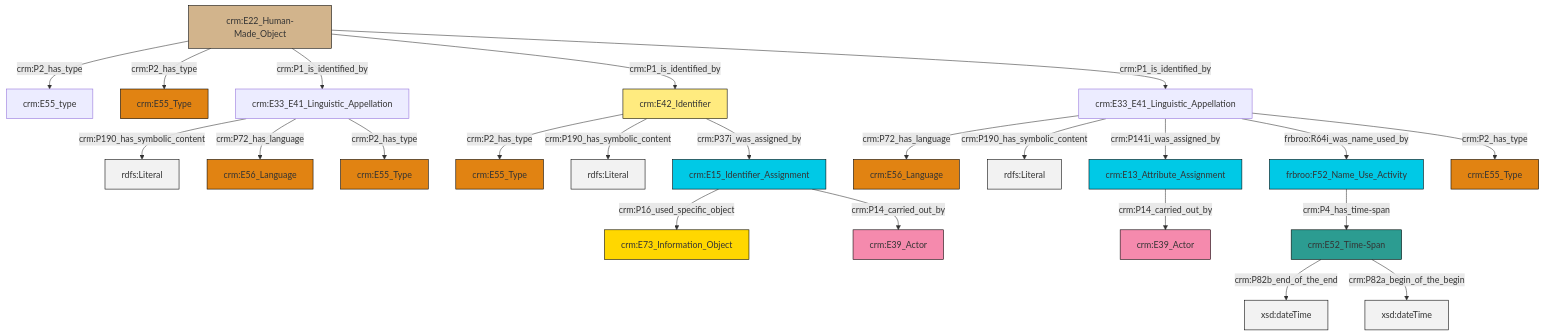
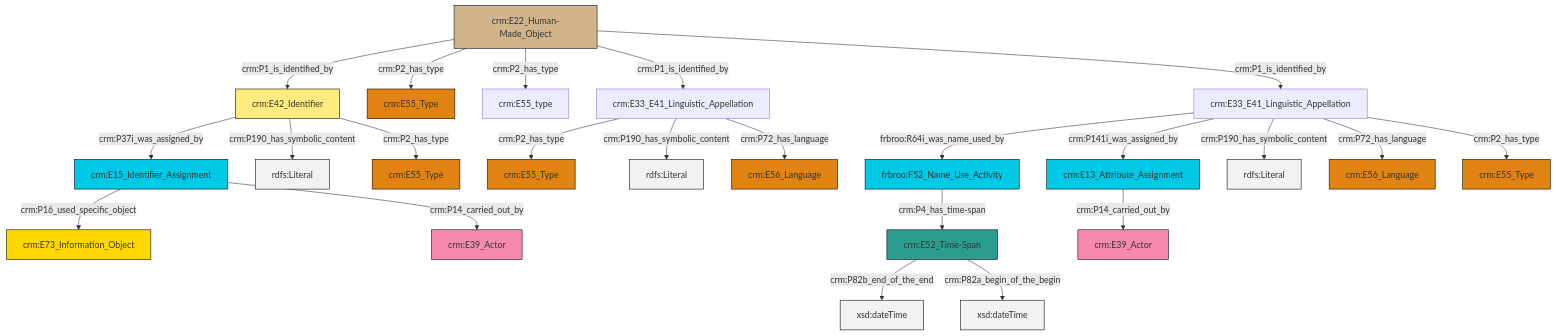
The diagram in et/artworkCSV/ttl/mmd/Artwork_Name.ttl.mmd (swiss-art-research-net/reference-data-models), drawn with Mermaid before and after one commit. The commit also changed 128 other files, not shown here.

```diff
--- a/et/artworkCSV/ttl/mmd/Artwork_Name.ttl.mmd
+++ b/et/artworkCSV/ttl/mmd/Artwork_Name.ttl.mmd
@@ -1,37 +1,37 @@
 graph TD
 classDef Literal fill:#f2f2f2,stroke:#000000;
 classDef CRM_Entity fill:#FFFFFF,stroke:#000000;
 classDef Temporal_Entity fill:#00C9E6, stroke:#000000;
 classDef Type fill:#E18312, stroke:#000000;
 classDef Time-Span fill:#2C9C91, stroke:#000000;
 classDef Appellation fill:#FFEB7F, stroke:#000000;
 classDef Place fill:#008836, stroke:#000000;
 classDef Persistent_Item fill:#B266B2, stroke:#000000;
 classDef Conceptual_Object fill:#FFD700, stroke:#000000;
 classDef Physical_Thing fill:#D2B48C, stroke:#000000;
 classDef Actor fill:#f58aad, stroke:#000000;
 classDef PC_Classes fill:#4ce600, stroke:#000000;
 classDef Multi fill:#cccccc,stroke:#000000;
 
-0["crm:E22_Human-Made_Object"]:::Physical_Thing -->|crm:P2_has_type| 1["crm:E55_type"]:::Default
-0["crm:E22_Human-Made_Object"]:::Physical_Thing -->|crm:P2_has_type| 10["crm:E55_Type"]:::Type
-12["crm:E13_Attribute_Assignment"]:::Temporal_Entity -->|crm:P14_carried_out_by| 4["crm:E39_Actor"]:::Actor
-8["crm:E15_Identifier_Assignment"]:::Temporal_Entity -->|crm:P16_used_specific_object| 13["crm:E73_Information_Object"]:::Conceptual_Object
-14["crm:E33_E41_Linguistic_Appellation"]:::Default -->|crm:P190_has_symbolic_content| 15[rdfs:Literal]:::Literal
-14["crm:E33_E41_Linguistic_Appellation"]:::Default -->|crm:P72_has_language| 16["crm:E56_Language"]:::Type
-0["crm:E22_Human-Made_Object"]:::Physical_Thing -->|crm:P1_is_identified_by| 14["crm:E33_E41_Linguistic_Appellation"]:::Default
-2["crm:E33_E41_Linguistic_Appellation"]:::Default -->|crm:P72_has_language| 23["crm:E56_Language"]:::Type
-2["crm:E33_E41_Linguistic_Appellation"]:::Default -->|crm:P190_has_symbolic_content| 25[rdfs:Literal]:::Literal
-6["frbroo:F52_Name_Use_Activity"]:::Temporal_Entity -->|crm:P4_has_time-span| 26["crm:E52_Time-Span"]:::Time-Span
-0["crm:E22_Human-Made_Object"]:::Physical_Thing -->|crm:P1_is_identified_by| 28["crm:E42_Identifier"]:::Appellation
-2["crm:E33_E41_Linguistic_Appellation"]:::Default -->|crm:P141i_was_assigned_by| 12["crm:E13_Attribute_Assignment"]:::Temporal_Entity
-8["crm:E15_Identifier_Assignment"]:::Temporal_Entity -->|crm:P14_carried_out_by| 33["crm:E39_Actor"]:::Actor
-28["crm:E42_Identifier"]:::Appellation -->|crm:P2_has_type| 18["crm:E55_Type"]:::Type
-14["crm:E33_E41_Linguistic_Appellation"]:::Default -->|crm:P2_has_type| 21["crm:E55_Type"]:::Type
-2["crm:E33_E41_Linguistic_Appellation"]:::Default -->|frbroo:R64i_was_name_used_by| 6["frbroo:F52_Name_Use_Activity"]:::Temporal_Entity
-26["crm:E52_Time-Span"]:::Time-Span -->|crm:P82b_end_of_the_end| 36[xsd:dateTime]:::Literal
-26["crm:E52_Time-Span"]:::Time-Span -->|crm:P82a_begin_of_the_begin| 38[xsd:dateTime]:::Literal
-28["crm:E42_Identifier"]:::Appellation -->|crm:P190_has_symbolic_content| 41[rdfs:Literal]:::Literal
-2["crm:E33_E41_Linguistic_Appellation"]:::Default -->|crm:P2_has_type| 31["crm:E55_Type"]:::Type
-28["crm:E42_Identifier"]:::Appellation -->|crm:P37i_was_assigned_by| 8["crm:E15_Identifier_Assignment"]:::Temporal_Entity
-0["crm:E22_Human-Made_Object"]:::Physical_Thing -->|crm:P1_is_identified_by| 2["crm:E33_E41_Linguistic_Appellation"]:::Default
+0["crm:E52_Time-Span"]:::Time-Span -->|crm:P82b_end_of_the_end| 1[xsd:dateTime]:::Literal
+2["crm:E33_E41_Linguistic_Appellation"]:::Default -->|crm:P2_has_type| 3["crm:E55_Type"]:::Type
+4["crm:E22_Human-Made_Object"]:::Physical_Thing -->|crm:P1_is_identified_by| 5["crm:E42_Identifier"]:::Appellation
+4["crm:E22_Human-Made_Object"]:::Physical_Thing -->|crm:P2_has_type| 8["crm:E55_Type"]:::Type
+5["crm:E42_Identifier"]:::Appellation -->|crm:P37i_was_assigned_by| 10["crm:E15_Identifier_Assignment"]:::Temporal_Entity
+4["crm:E22_Human-Made_Object"]:::Physical_Thing -->|crm:P2_has_type| 15["crm:E55_type"]:::Default
+4["crm:E22_Human-Made_Object"]:::Physical_Thing -->|crm:P1_is_identified_by| 2["crm:E33_E41_Linguistic_Appellation"]:::Default
+17["crm:E33_E41_Linguistic_Appellation"]:::Default -->|frbroo:R64i_was_name_used_by| 18["frbroo:F52_Name_Use_Activity"]:::Temporal_Entity
+17["crm:E33_E41_Linguistic_Appellation"]:::Default -->|crm:P141i_was_assigned_by| 13["crm:E13_Attribute_Assignment"]:::Temporal_Entity
+17["crm:E33_E41_Linguistic_Appellation"]:::Default -->|crm:P190_has_symbolic_content| 20[rdfs:Literal]:::Literal
+17["crm:E33_E41_Linguistic_Appellation"]:::Default -->|crm:P72_has_language| 21["crm:E56_Language"]:::Type
+5["crm:E42_Identifier"]:::Appellation -->|crm:P190_has_symbolic_content| 22[rdfs:Literal]:::Literal
+4["crm:E22_Human-Made_Object"]:::Physical_Thing -->|crm:P1_is_identified_by| 17["crm:E33_E41_Linguistic_Appellation"]:::Default
+10["crm:E15_Identifier_Assignment"]:::Temporal_Entity -->|crm:P16_used_specific_object| 29["crm:E73_Information_Object"]:::Conceptual_Object
+2["crm:E33_E41_Linguistic_Appellation"]:::Default -->|crm:P190_has_symbolic_content| 32[rdfs:Literal]:::Literal
+2["crm:E33_E41_Linguistic_Appellation"]:::Default -->|crm:P72_has_language| 24["crm:E56_Language"]:::Type
+18["frbroo:F52_Name_Use_Activity"]:::Temporal_Entity -->|crm:P4_has_time-span| 0["crm:E52_Time-Span"]:::Time-Span
+17["crm:E33_E41_Linguistic_Appellation"]:::Default -->|crm:P2_has_type| 11["crm:E55_Type"]:::Type
+10["crm:E15_Identifier_Assignment"]:::Temporal_Entity -->|crm:P14_carried_out_by| 33["crm:E39_Actor"]:::Actor
+13["crm:E13_Attribute_Assignment"]:::Temporal_Entity -->|crm:P14_carried_out_by| 6["crm:E39_Actor"]:::Actor
+0["crm:E52_Time-Span"]:::Time-Span -->|crm:P82a_begin_of_the_begin| 40[xsd:dateTime]:::Literal
+5["crm:E42_Identifier"]:::Appellation -->|crm:P2_has_type| 35["crm:E55_Type"]:::Type
```
